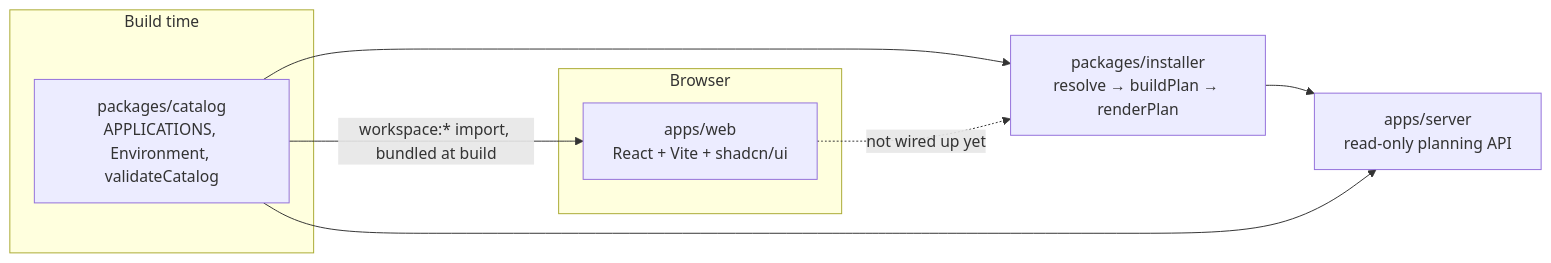
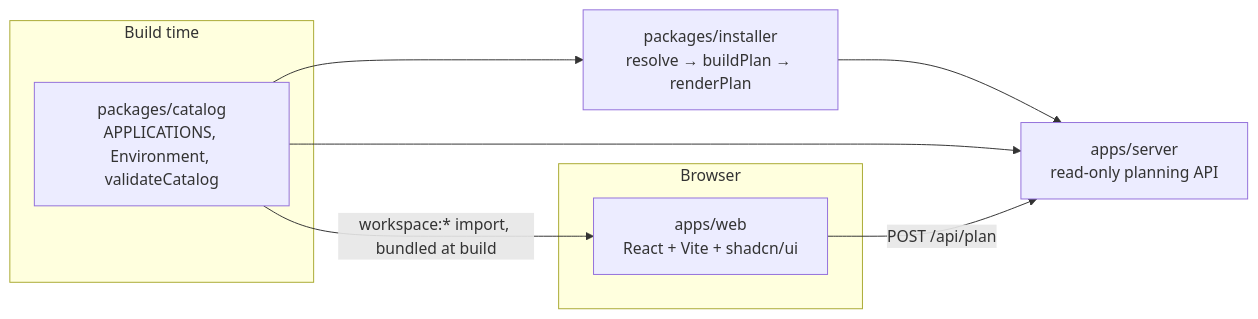
One commit to AbhiDevepl/ConfigShell changed the second of 2 diagrams in docs/architecture.md. Above: the diagram before and after it, drawn with Mermaid. The commit also changed other lines of this file and 62 other files, not shown here.

````diff
--- a/docs/architecture.md
+++ b/docs/architecture.md
@@ -74,17 +74,17 @@
 ```mermaid
 flowchart LR
     subgraph browser["Browser"]
         WEB["apps/web<br/>React + Vite + shadcn/ui"]
     end
     subgraph build["Build time"]
         CATALOG["packages/catalog<br/>APPLICATIONS, Environment, validateCatalog"]
     end
     INSTALLER["packages/installer<br/>resolve → buildPlan → renderPlan"]
     SERVER["apps/server<br/>read-only planning API"]
 
     CATALOG -- "workspace:* import, bundled at build" --> WEB
     CATALOG --> INSTALLER
     INSTALLER --> SERVER
     CATALOG --> SERVER
-    WEB -. "not wired up yet" .-> INSTALLER
+    WEB -- "POST /api/plan" --> SERVER
 ```
````
